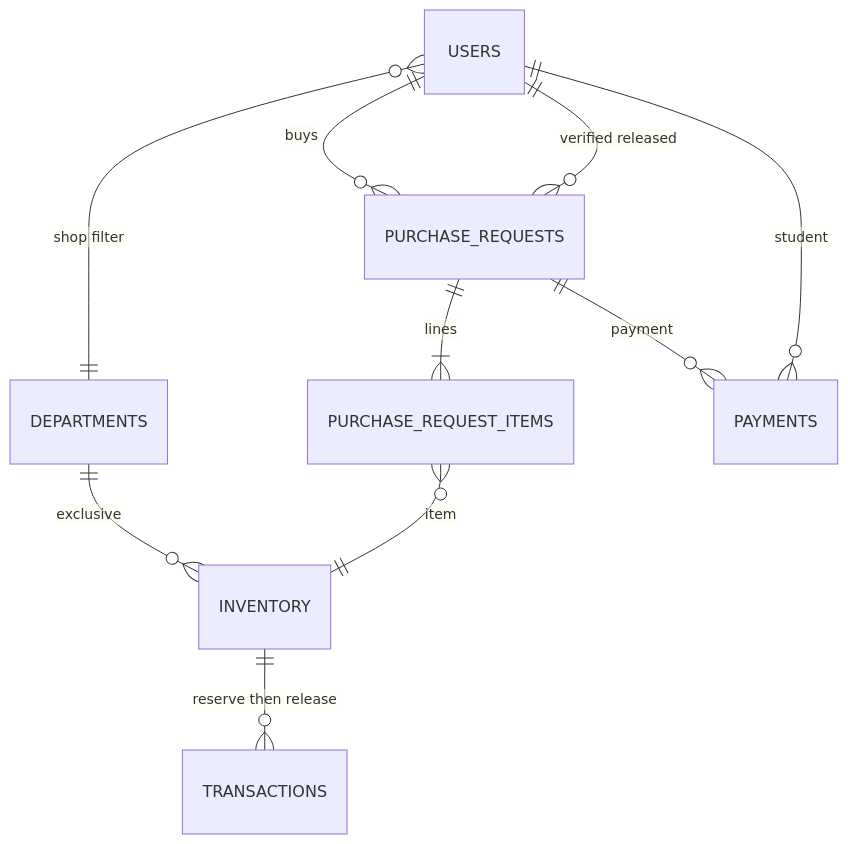
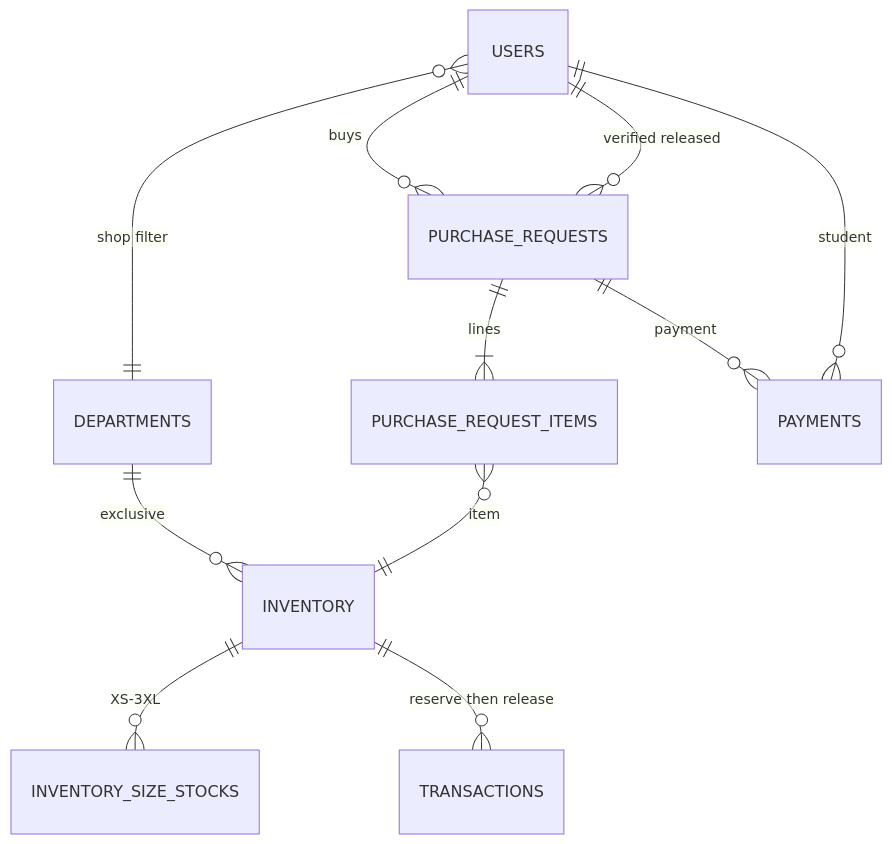
One commit to rhems95/PECIT-Smart-Inventory-System changed the third of 3 diagrams in docs/ER-DIAGRAM.md. Above: the diagram before and after it, drawn with Mermaid. The commit also changed other lines of this file and 42 other files, not shown here.

````diff
--- a/docs/ER-DIAGRAM.md
+++ b/docs/ER-DIAGRAM.md
@@ -273,12 +288,13 @@
 ```mermaid
 erDiagram
     USERS ||--o{ PURCHASE_REQUESTS : buys
     USERS }o--|| DEPARTMENTS : "shop filter"
     DEPARTMENTS ||--o{ INVENTORY : exclusive
     PURCHASE_REQUESTS ||--|{ PURCHASE_REQUEST_ITEMS : lines
     PURCHASE_REQUEST_ITEMS }o--|| INVENTORY : item
+    INVENTORY ||--o{ INVENTORY_SIZE_STOCKS : "XS-3XL"
     PURCHASE_REQUESTS ||--o{ PAYMENTS : payment
     PAYMENTS }o--|| USERS : student
     USERS ||--o{ PURCHASE_REQUESTS : "verified released"
     INVENTORY ||--o{ TRANSACTIONS : "reserve then release"
 ```
````
